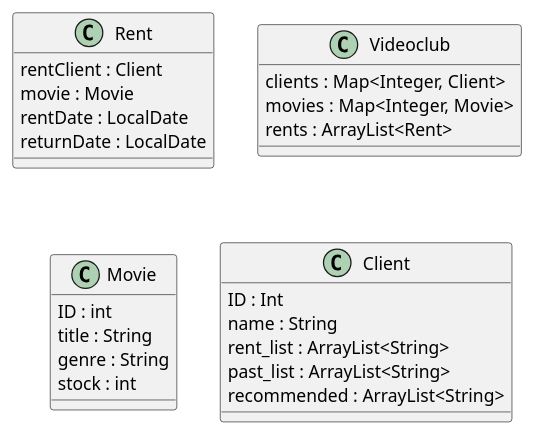
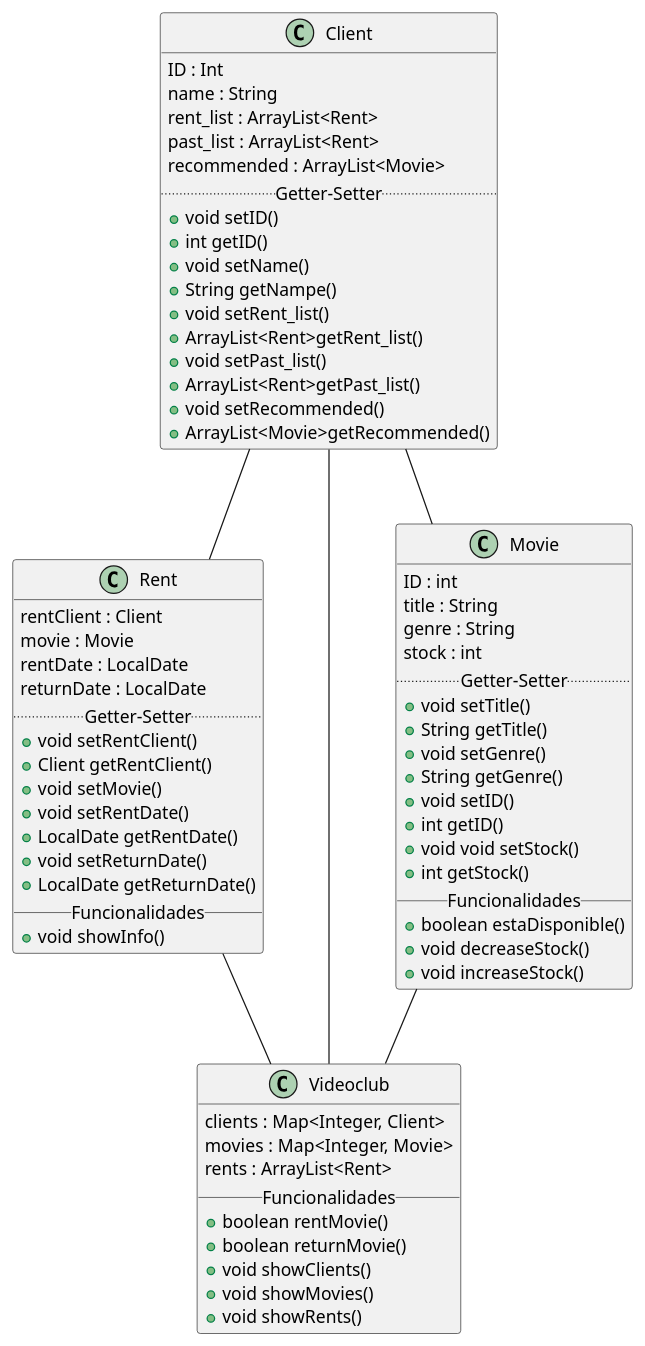
One commit to BenjaminAllendes/Administrador-de-Peliculas-Clientes-en-un-videoclub changed the diagram in src/Diseño_clase_Dominio.puml. Above: the diagram before and after it, drawn with PlantUML. The commit also changed 2 other files, not shown here.

```diff
--- a/src/Diseño_clase_Dominio.puml
+++ b/src/Diseño_clase_Dominio.puml
@@ -1,31 +1,76 @@
 @startuml
+
+Rent -- Videoclub
+Movie -- Videoclub
+Client -- Videoclub
+Client -- Movie
+Client -- Rent
 
 class Rent{
 rentClient : Client
 movie : Movie
 rentDate : LocalDate
 returnDate : LocalDate
-
+..Getter-Setter..
++void setRentClient()
++Client getRentClient()
++void setMovie()
++void setRentDate()
++LocalDate getRentDate()
++void setReturnDate()
++LocalDate getReturnDate()
+__Funcionalidades__
++void showInfo()
 }
 
 class Videoclub{
 clients : Map<Integer, Client>
 movies : Map<Integer, Movie>
 rents : ArrayList<Rent>
+__Funcionalidades__
++boolean rentMovie()
++boolean returnMovie()
++void showClients()
++void showMovies()
++void showRents()
 }
 
 class Movie{
 ID : int
 title : String
 genre : String
 stock : int
+..Getter-Setter..
++void setTitle()
++String getTitle()
++void setGenre()
++String getGenre()
++void setID()
++int getID()
++void void setStock()
++int getStock()
+__Funcionalidades__
++boolean estaDisponible()
++void decreaseStock()
++void increaseStock()
 }
 
 class Client{
 ID : Int
 name : String
-rent_list : ArrayList<String>
-past_list : ArrayList<String>
-recommended : ArrayList<String>
+rent_list : ArrayList<Rent>
+past_list : ArrayList<Rent>
+recommended : ArrayList<Movie>
+..Getter-Setter..
++void setID()
++int getID()
++void setName()
++String getNampe()
++void setRent_list()
++ArrayList<Rent>getRent_list()
++void setPast_list()
++ArrayList<Rent>getPast_list()
++void setRecommended()
++ArrayList<Movie>getRecommended()
 }
 @enduml
```
